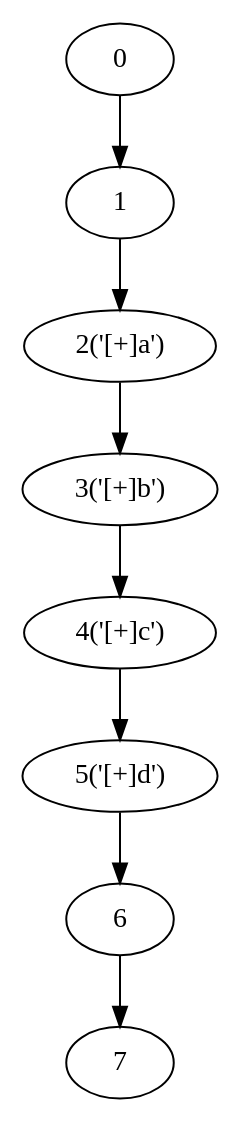
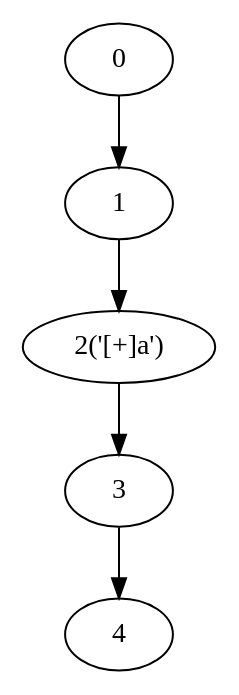
Before and after one commit to yyl-20020115/NRegEx: the diagram in NRegex.Test/Graphs/TestMethod00.dot, drawn with Graphviz. The commit also changed 3 other files, not shown here.

```diff
--- a/NRegex.Test/Graphs/TestMethod00.dot
+++ b/NRegex.Test/Graphs/TestMethod00.dot
@@ -1,17 +1,11 @@
 digraph g {
 	0 ;
 	1 ;
 	2 [label="2('[+]a')"];
-	3 [label="3('[+]b')"];
-	4 [label="4('[+]c')"];
-	5 [label="5('[+]d')"];
-	6 ;
-	7 ;
+	3 ;
+	4 ;
 	0->1;
 	1->2;
 	2->3;
 	3->4;
-	4->5;
-	5->6;
-	6->7;
 }
```
